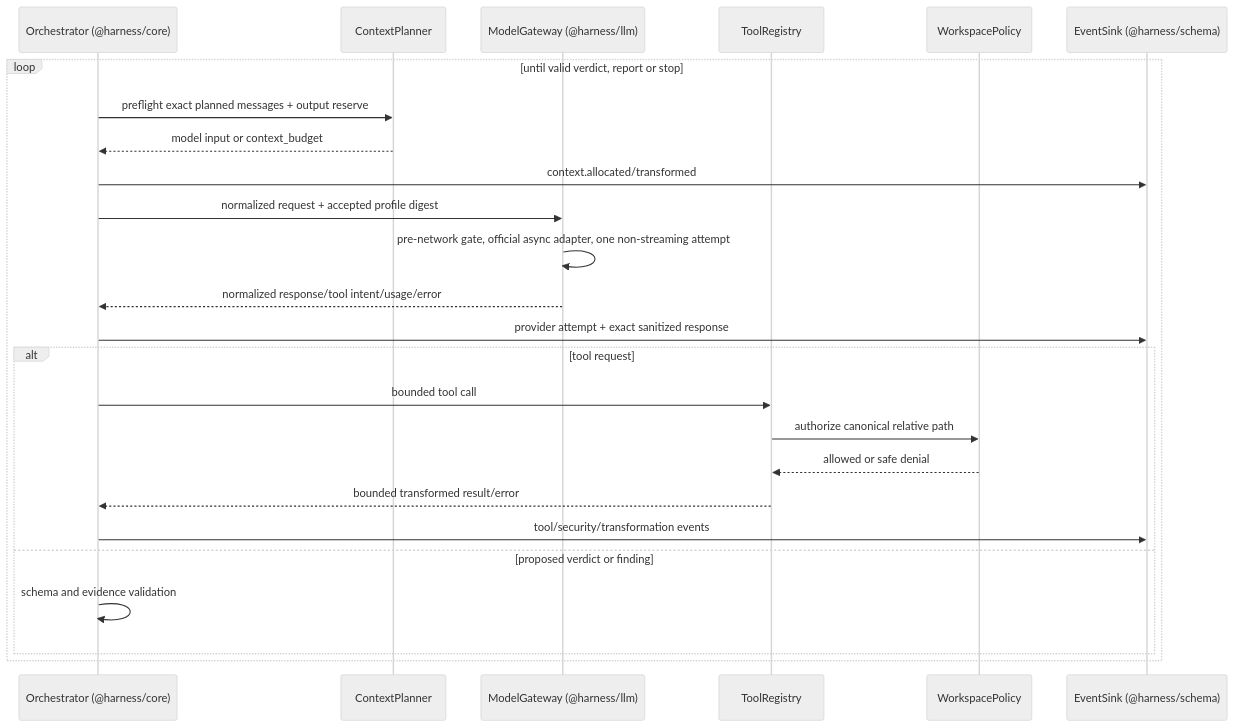
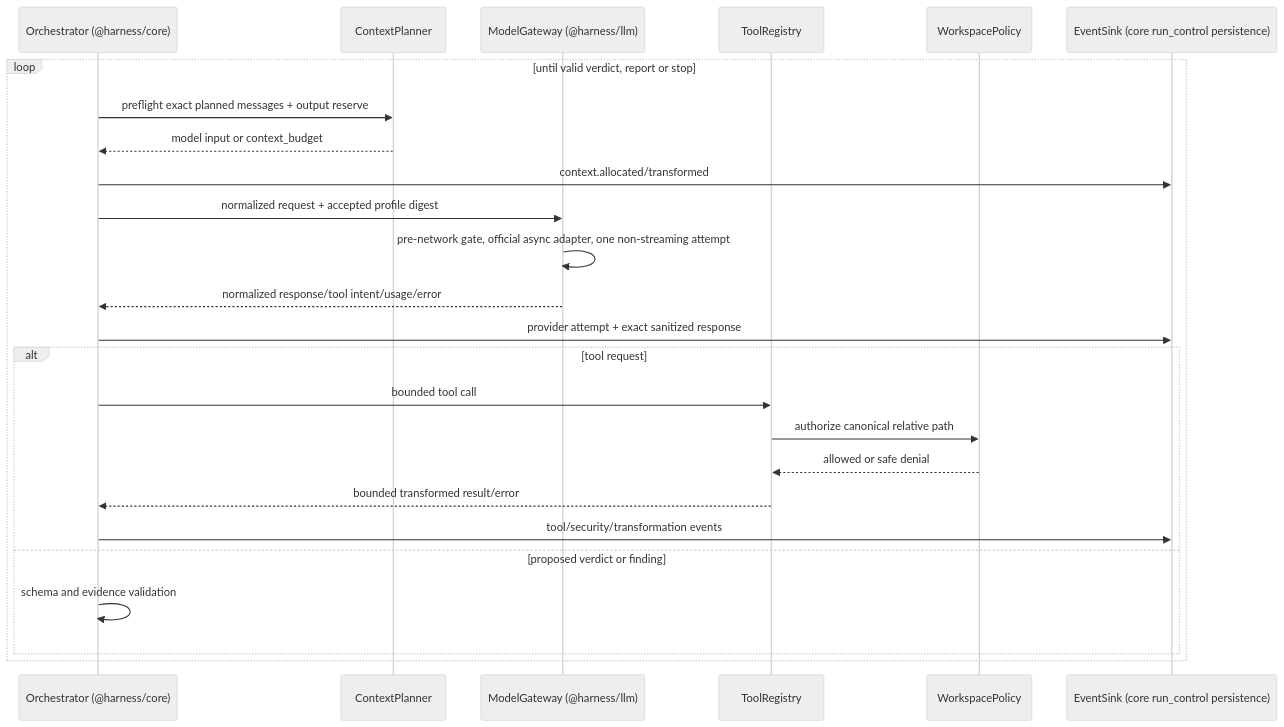
Before and after one commit to DATN-K23/harness: the fourth of 7 diagrams in blueprint/architecture/sequences.md, drawn with Mermaid (neutral theme). The commit also changed other lines of this file and 16 other files, not shown here.

````diff
--- a/blueprint/architecture/sequences.md
+++ b/blueprint/architecture/sequences.md
@@ -101,27 +103,27 @@
 ```mermaid
 sequenceDiagram
   participant O as Orchestrator (@harness/core)
   participant C as ContextPlanner
   participant P as ModelGateway (@harness/llm)
   participant T as ToolRegistry
   participant W as WorkspacePolicy
-  participant E as EventSink (@harness/schema)
+  participant E as EventSink (core run_control persistence)
   loop until valid verdict, report or stop
     O->>C: preflight exact planned messages + output reserve
     C-->>O: model input or context_budget
     O->>E: context.allocated/transformed
     O->>P: normalized request + accepted profile digest
     P->>P: pre-network gate, official async adapter, one non-streaming attempt
     P-->>O: normalized response/tool intent/usage/error
     O->>E: provider attempt + exact sanitized response
     alt tool request
       O->>T: bounded tool call
       T->>W: authorize canonical relative path
       W-->>T: allowed or safe denial
       T-->>O: bounded transformed result/error
       O->>E: tool/security/transformation events
     else proposed verdict or finding
       O->>O: schema and evidence validation
     end
   end
 ```
````
